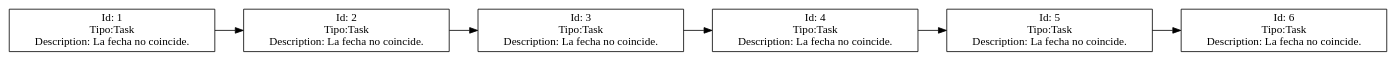
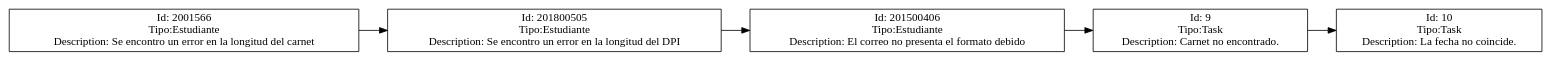
The diagram in Archivos_DOT/cola.dot (Elder2296/EDD_SmartClass_201700404), drawn with Graphviz before and after one commit. The commit also changed 11 other files, not shown here.

```diff
--- a/Archivos_DOT/cola.dot
+++ b/Archivos_DOT/cola.dot
@@ -1,14 +1,12 @@
 digraph A{
 rankdir = LR;
-node [shape = box label = "Id: 1\nTipo:Task\nDescription: La fecha no coincide."]1
-node [shape = box label = "Id: 2\nTipo:Task\nDescription: La fecha no coincide."]2
-node [shape = box label = "Id: 3\nTipo:Task\nDescription: La fecha no coincide."]3
-node [shape = box label = "Id: 4\nTipo:Task\nDescription: La fecha no coincide."]4
-node [shape = box label = "Id: 5\nTipo:Task\nDescription: La fecha no coincide."]5
-node [shape = box label = "Id: 6\nTipo:Task\nDescription: La fecha no coincide."]6
-1 -> 2
-2 -> 3
-3 -> 4
-4 -> 5
-5 -> 6
+node [shape = box label = "Id: 2001566\nTipo:Estudiante\nDescription: Se encontro un error en la longitud del carnet"]2001566
+node [shape = box label = "Id: 201800505\nTipo:Estudiante\nDescription: Se encontro un error en la longitud del DPI"]201800505
+node [shape = box label = "Id: 201500406\nTipo:Estudiante\nDescription: El correo no presenta el formato debido"]201500406
+node [shape = box label = "Id: 9\nTipo:Task\nDescription: Carnet no encontrado."]9
+node [shape = box label = "Id: 10\nTipo:Task\nDescription: La fecha no coincide."]10
+2001566 -> 201800505
+201800505 -> 201500406
+201500406 -> 9
+9 -> 10
 }
```
